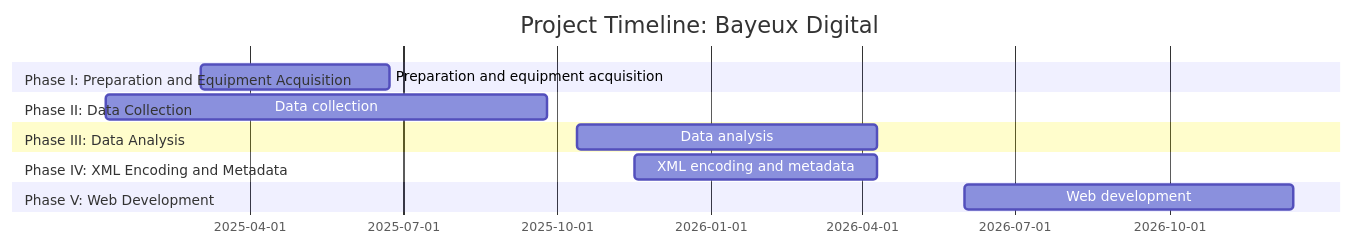
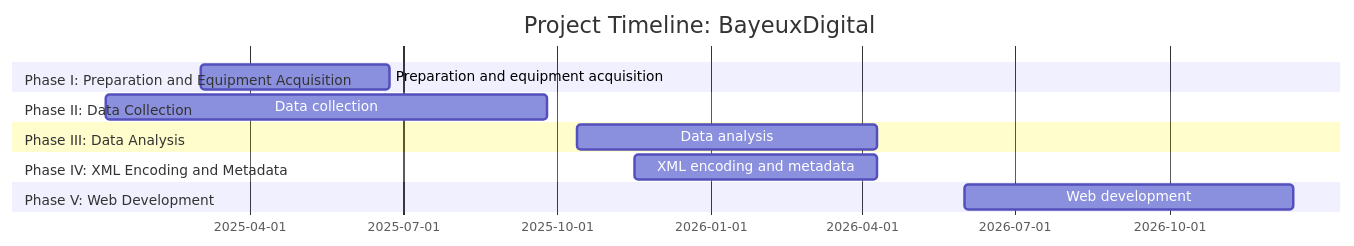
The diagram in gantt-timeline.md (bjorkk/BayeuxDigital), drawn with Mermaid before and after one commit. The commit also changed other lines of this file, not shown here.

````diff
--- a/gantt-timeline.md
+++ b/gantt-timeline.md
@@ -3,15 +3,15 @@
 ```mermaid
 gantt
-    title Project Timeline: Bayeux Digital
+    title Project Timeline: BayeuxDigital
     dateFormat  YYYY-MM-DD
     section Phase I: Preparation and Equipment Acquisition
     Preparation and equipment acquisition :a1, 2025-03-03, 2025-06-23
     section Phase II: Data Collection
     Data collection :a2, 2025-01-05, 2025-09-25
     section Phase III: Data Analysis
     Data analysis :a3, 2025-10-13, 2026-04-10
     section Phase IV: XML Encoding and Metadata
     XML encoding and metadata :a4, 2025-11-16, 2026-04-10
     section Phase V: Web Development
     Web development :a5, 2026-06-01, 2026-12-14
 ```
````
